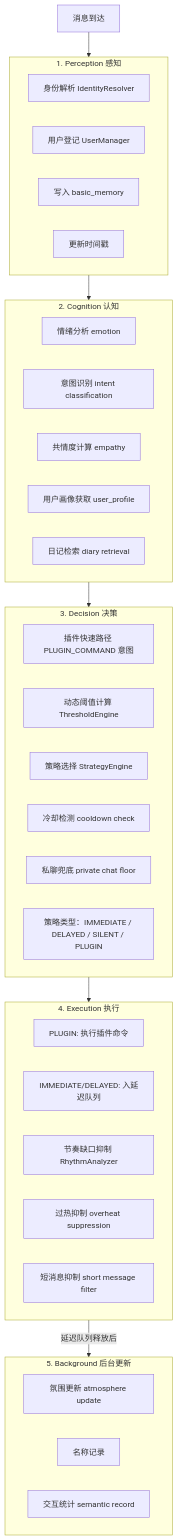
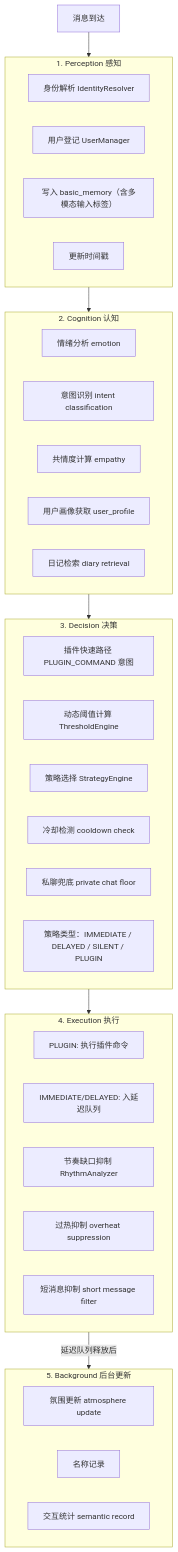
Before and after one commit to LiveSirius/SiriusPulse-Docs: the diagram in guide/engine-architecture.md, drawn with Mermaid. The commit also changed other lines of this file and 2 other files, not shown here.

````diff
--- a/guide/engine-architecture.md
+++ b/guide/engine-architecture.md
@@ -28,50 +28,50 @@
 ```mermaid
 flowchart TB
     A[消息到达] --> B
 
     subgraph B[1. Perception 感知]
         B1[身份解析 IdentityResolver]
         B2[用户登记 UserManager]
-        B3[写入 basic_memory]
+        B3[写入 basic_memory（含多模态输入标签）]
         B4[更新时间戳]
     end
 
     B --> C
 
     subgraph C[2. Cognition 认知]
         C1[情绪分析 emotion]
         C2["意图识别 intent classification"]
         C3[共情度计算 empathy]
         C4["用户画像获取 user_profile"]
         C5[日记检索 diary retrieval]
     end
 
     C --> D
 
     subgraph D[3. Decision 决策]
         D1["插件快速路径 PLUGIN_COMMAND 意图"]
         D2["动态阈值计算 ThresholdEngine"]
         D3["策略选择 StrategyEngine"]
         D4[冷却检测 cooldown check]
         D5["私聊兜底 private chat floor"]
         D6["策略类型：IMMEDIATE / DELAYED / SILENT / PLUGIN"]
     end
 
     D --> E
 
     subgraph E[4. Execution 执行]
         E1["PLUGIN: 执行插件命令"]
         E2["IMMEDIATE/DELAYED: 入延迟队列"]
         E3["节奏缺口抑制 RhythmAnalyzer"]
         E4["过热抑制 overheat suppression"]
         E5["短消息抑制 short message filter"]
     end
 
     E -->|"延迟队列释放后"| F
 
     subgraph F[5. Background 后台更新]
         F1["氛围更新 atmosphere update"]
         F2[名称记录]
         F3["交互统计 semantic record"]
     end
 ```
````
